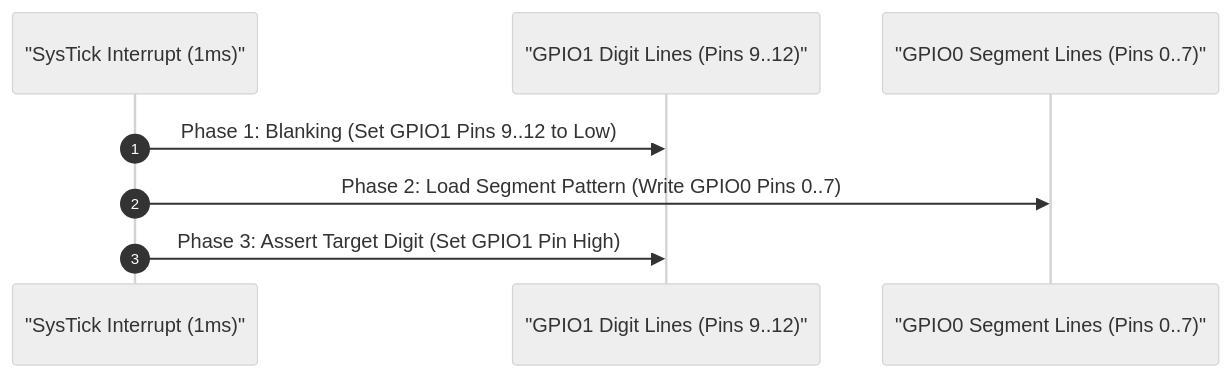
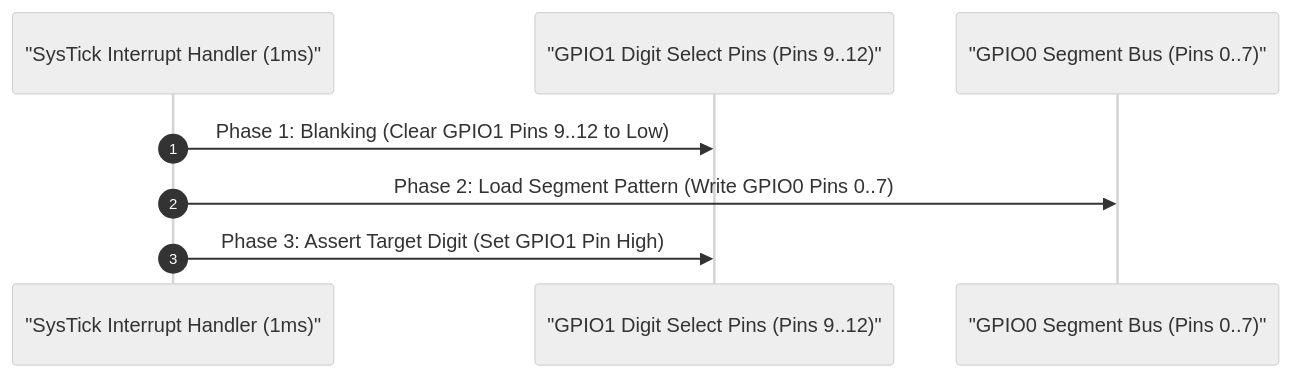
One commit to zok213/porygon changed the ninth of 12 diagrams in README.md. Above: the diagram before and after it, drawn with Mermaid (neutral theme). The commit also changed other lines of this file and 14 other files, not shown here.

````diff
--- a/README.md
+++ b/README.md
@@ -224,11 +498,11 @@
 ```mermaid
 sequenceDiagram
     autonumber
-    participant ISR as "SysTick Interrupt (1ms)"
-    participant Digit as "GPIO1 Digit Lines (Pins 9..12)"
-    participant Seg as "GPIO0 Segment Lines (Pins 0..7)"
+    participant ISR as "SysTick Interrupt Handler (1ms)"
+    participant Digit as "GPIO1 Digit Select Pins (Pins 9..12)"
+    participant Seg as "GPIO0 Segment Bus (Pins 0..7)"
 
-    ISR->>Digit: Phase 1: Blanking (Set GPIO1 Pins 9..12 to Low)
+    ISR->>Digit: Phase 1: Blanking (Clear GPIO1 Pins 9..12 to Low)
     ISR->>Seg: Phase 2: Load Segment Pattern (Write GPIO0 Pins 0..7)
     ISR->>Digit: Phase 3: Assert Target Digit (Set GPIO1 Pin High)
 ```
````
